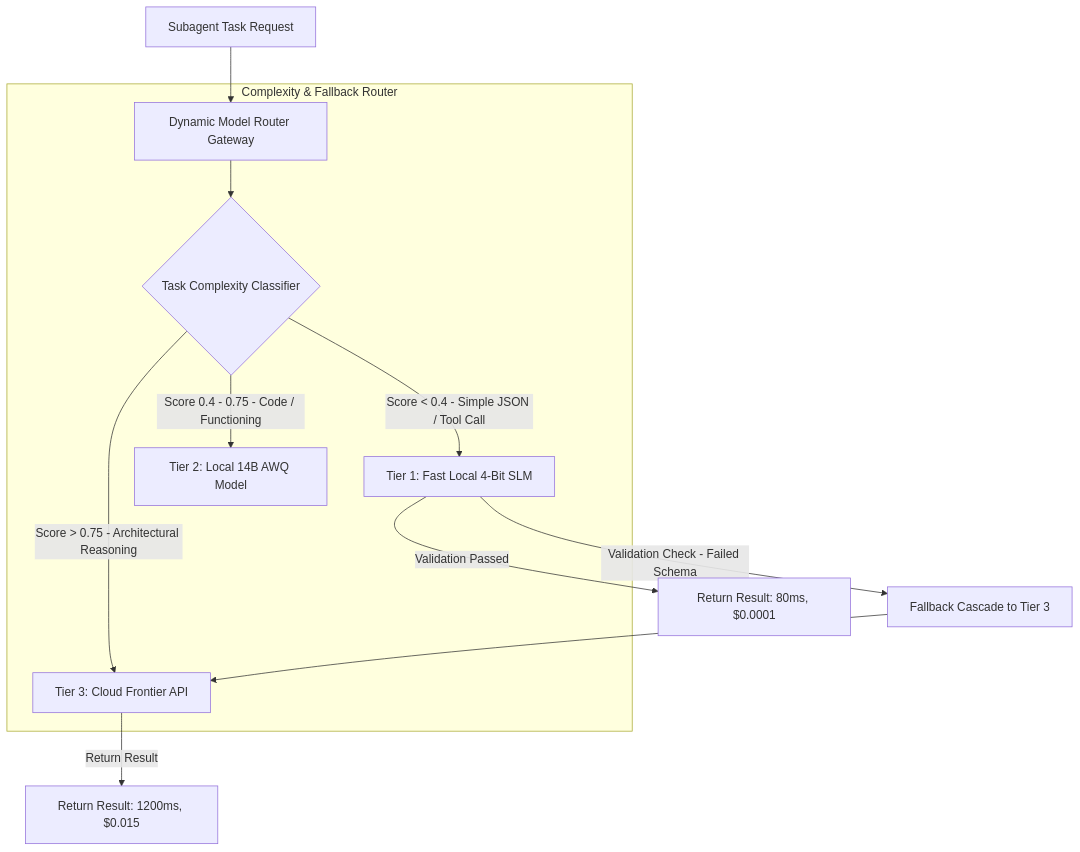
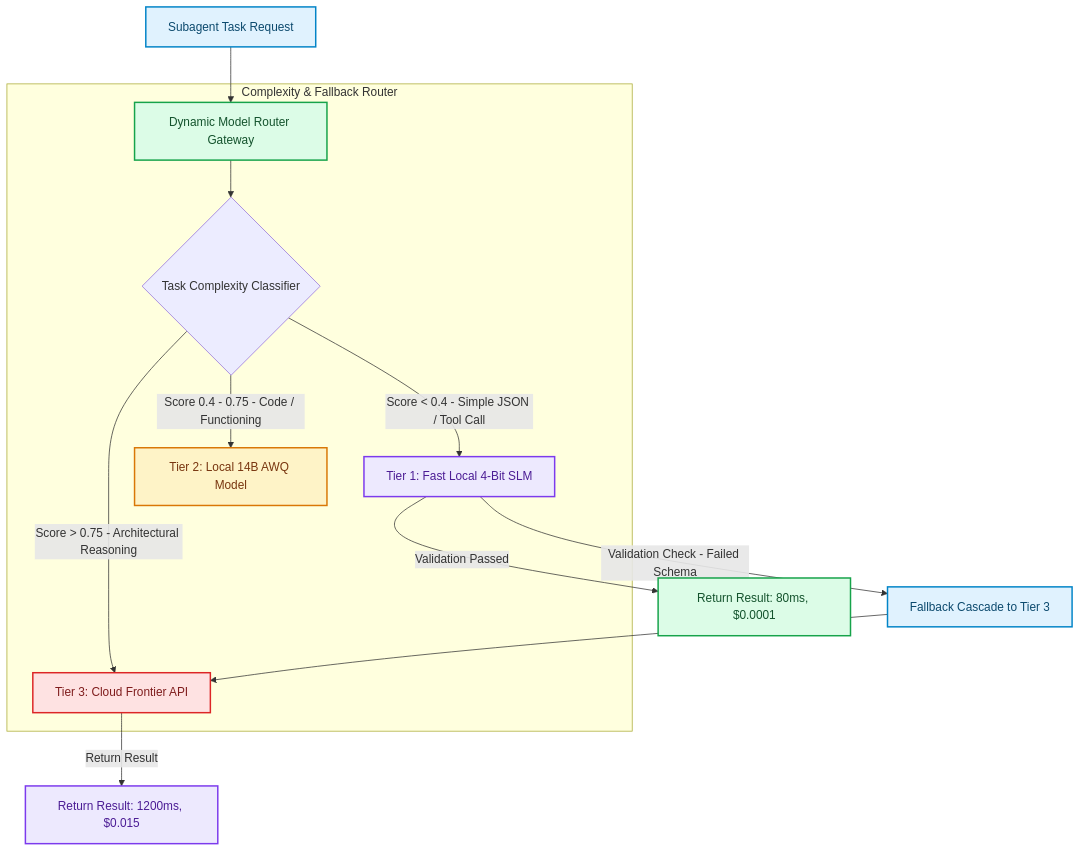
One commit to akmalkhaniub/akmalkhaniub.github.io changed the diagram in blog/posts/dynamic-model-cascading-routing-local-slm-cloud-frontier-apis.md. Above: the diagram before and after it, drawn with Mermaid. The commit also changed other lines of this file and 1291 other files, not shown here.

First line of the commit message:
feat(catalog): unique covers, scholarly references, and diagram palettes

````diff
--- a/blog/posts/dynamic-model-cascading-routing-local-slm-cloud-frontier-apis.md
+++ b/blog/posts/dynamic-model-cascading-routing-local-slm-cloud-frontier-apis.md
@@ -19,16 +19,27 @@
 ```mermaid
 flowchart TD
-  A[Subagent Task Request] --> B[Dynamic Model Router Gateway]
+  A["Subagent Task Request"] --> B["Dynamic Model Router Gateway"]
   
   subgraph SG1_ComplexityFallbackRouter ["Complexity & Fallback Router"]
     B --> C{Task Complexity Classifier}
-    C -->|Score < 0.4 - Simple JSON / Tool Call| D[Tier 1: Fast Local 4-Bit SLM]
-    C -->|Score 0.4 - 0.75 - Code / Functioning| E[Tier 2: Local 14B AWQ Model]
-    C -->|Score > 0.75 - Architectural Reasoning| F[Tier 3: Cloud Frontier API]
+    C -->|Score < 0.4 - Simple JSON / Tool Call| D["Tier 1: Fast Local 4-Bit SLM"]
+    C -->|Score 0.4 - 0.75 - Code / Functioning| E["Tier 2: Local 14B AWQ Model"]
+    C -->|Score > 0.75 - Architectural Reasoning| F["Tier 3: Cloud Frontier API"]
   end
   
-  D -->|Validation Check - Failed Schema| G[Fallback Cascade to Tier 3]
+  D -->|Validation Check - Failed Schema| G["Fallback Cascade to Tier 3"]
   G --> F
-  D -->|Validation Passed| H[Return Result: 80ms, $0.0001]
-  F -->|Return Result| I[Return Result: 1200ms, $0.015]
+  D -->|Validation Passed| H["Return Result: 80ms, $0.0001"]
+  F -->|Return Result| I["Return Result: 1200ms, $0.015"]
+
+classDef green fill:#dcfce7,stroke:#16a34a,stroke-width:2px,color:#14532d;
+classDef red fill:#fee2e2,stroke:#dc2626,stroke-width:2px,color:#7f1d1d;
+classDef blue fill:#e0f2fe,stroke:#0284c7,stroke-width:2px,color:#0c4a6e;
+classDef yellow fill:#fef3c7,stroke:#d97706,stroke-width:2px,color:#78350f;
+classDef purple fill:#ede9fe,stroke:#7c3aed,stroke-width:2px,color:#4c1d95;
+class A,G blue
+class B,H green
+class D,I purple
+class E yellow
+class F red
 ```
````
